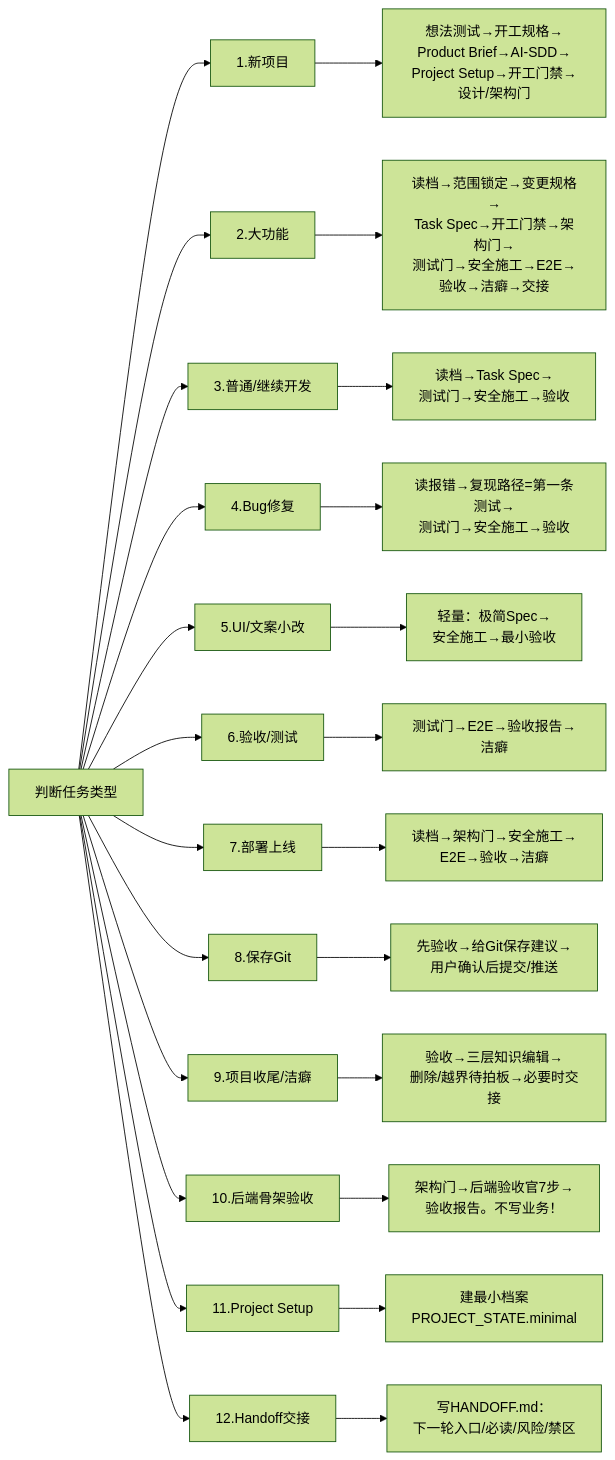
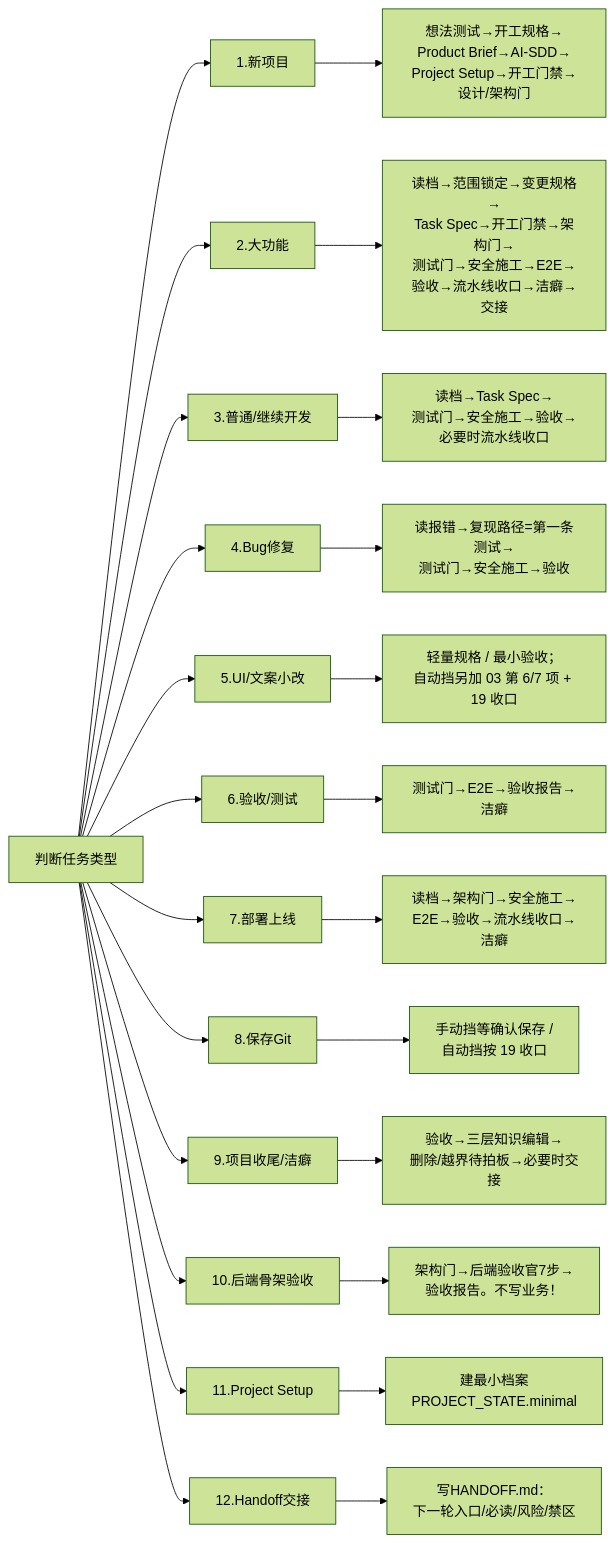
One commit to kunkunzi996/kun-router changed the second of 3 diagrams in FLOWCHART.md. Above: the diagram before and after it, drawn with Mermaid (forest theme). The commit also changed other lines of this file and 13 other files, not shown here.

````diff
--- a/FLOWCHART.md
+++ b/FLOWCHART.md
@@ -59,28 +73,28 @@
 ```mermaid
 flowchart LR
     R[判断任务类型] --> T1
     R --> T2
     R --> T3
     R --> T4
     R --> T5
     R --> T6
     R --> T7
     R --> T8
     R --> T9
     R --> T10
     R --> T11
     R --> T12
 
     T1[1.新项目] --> T1x[想法测试→开工规格→<br/>Product Brief→AI-SDD→<br/>Project Setup→开工门禁→设计/架构门]
-    T2[2.大功能] --> T2x[读档→范围锁定→变更规格→<br/>Task Spec→开工门禁→架构门→<br/>测试门→安全施工→E2E→验收→洁癖→交接]
-    T3[3.普通/继续开发] --> T3x[读档→Task Spec→<br/>测试门→安全施工→验收]
+    T2[2.大功能] --> T2x[读档→范围锁定→变更规格→<br/>Task Spec→开工门禁→架构门→<br/>测试门→安全施工→E2E→验收→流水线收口→洁癖→交接]
+    T3[3.普通/继续开发] --> T3x[读档→Task Spec→<br/>测试门→安全施工→验收→必要时流水线收口]
     T4[4.Bug修复] --> T4x[读报错→复现路径=第一条测试→<br/>测试门→安全施工→验收]
-    T5[5.UI/文案小改] --> T5x[轻量：极简Spec→<br/>安全施工→最小验收]
+    T5[5.UI/文案小改] --> T5x[轻量规格 / 最小验收；<br/>自动挡另加 03 第 6/7 项 + 19 收口]
     T6[6.验收/测试] --> T6x[测试门→E2E→验收报告→洁癖]
-    T7[7.部署上线] --> T7x[读档→架构门→安全施工→<br/>E2E→验收→洁癖]
-    T8[8.保存Git] --> T8x[先验收→给Git保存建议→<br/>用户确认后提交/推送]
+    T7[7.部署上线] --> T7x[读档→架构门→安全施工→<br/>E2E→验收→流水线收口→洁癖]
+    T8[8.保存Git] --> T8x[手动挡等确认保存 /<br/>自动挡按 19 收口]
     T9[9.项目收尾/洁癖] --> T9x[验收→三层知识编辑→<br/>删除/越界待拍板→必要时交接]
     T10[10.后端骨架验收] --> T10x[架构门→后端验收官7步→<br/>验收报告。不写业务！]
     T11[11.Project Setup] --> T11x[建最小档案<br/>PROJECT_STATE.minimal]
     T12[12.Handoff交接] --> T12x[写HANDOFF.md：<br/>下一轮入口/必读/风险/禁区]
 ```
````
